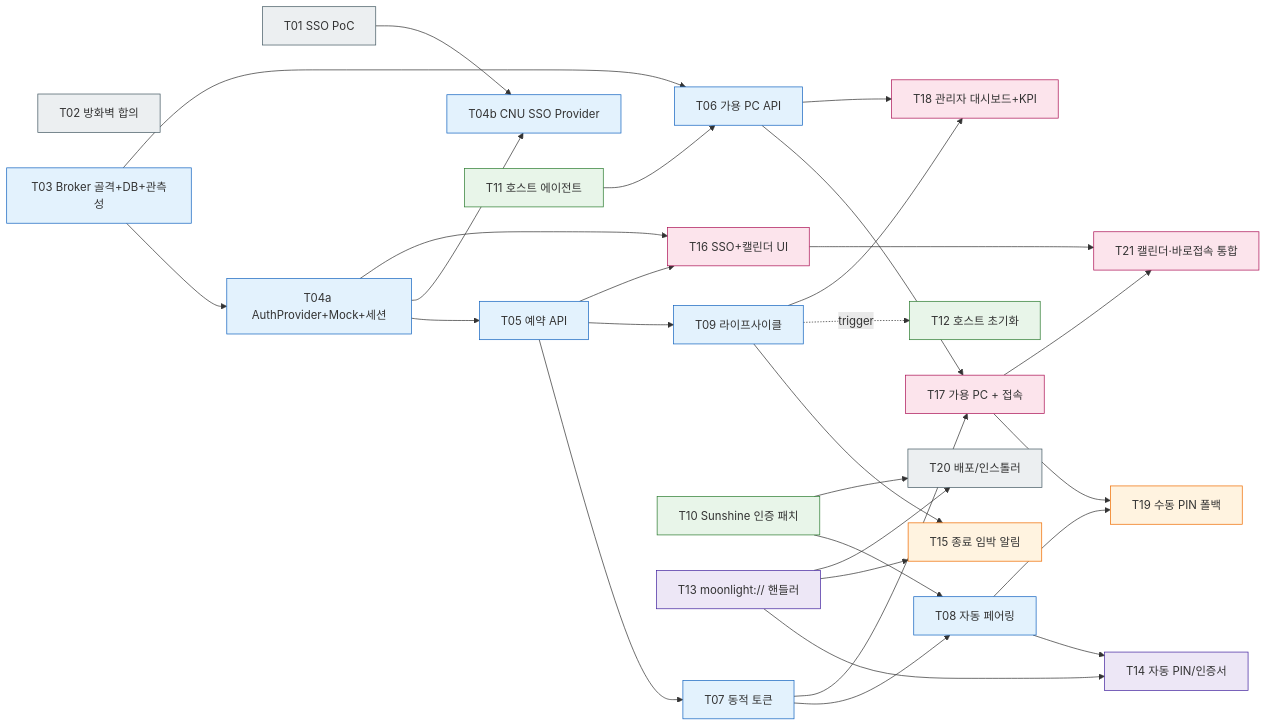
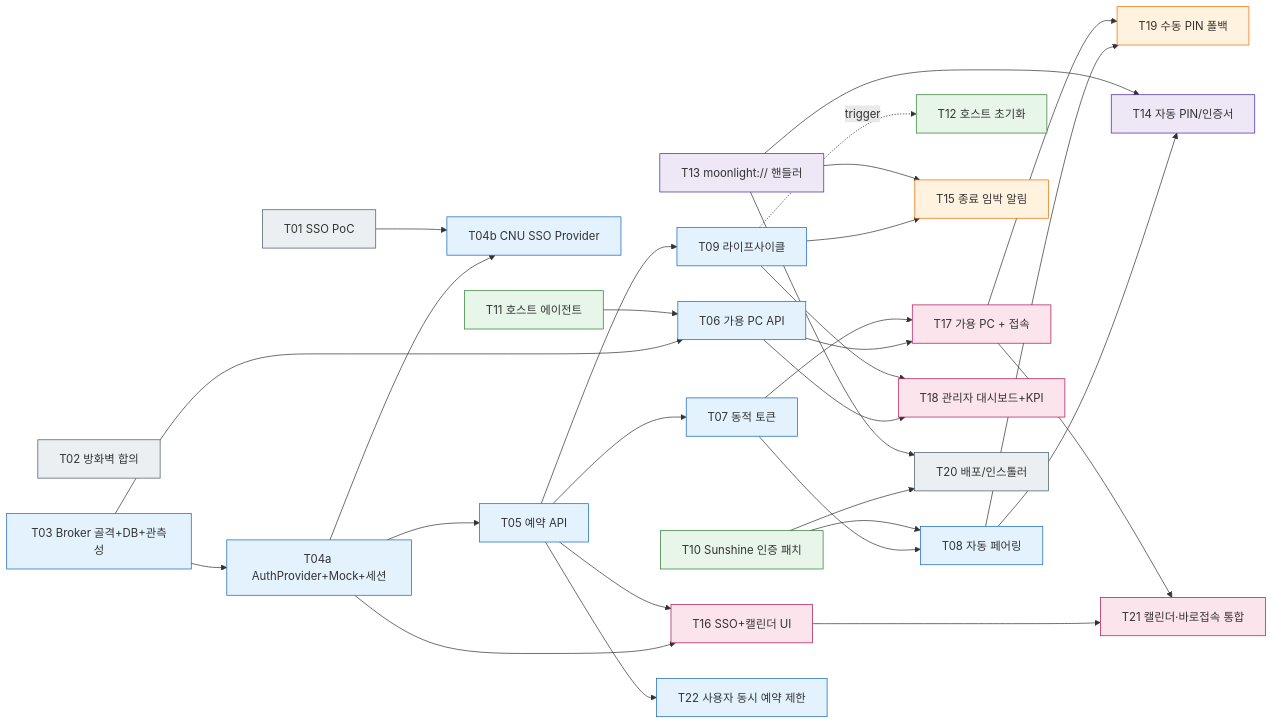
One commit to KITOHSY/SmartClassroom changed the diagram in EXP.md. Above: the diagram before and after it, drawn with Mermaid. The commit also changed other lines of this file and 20 other files, not shown here.

````diff
--- a/EXP.md
+++ b/EXP.md
@@ -403,56 +423,58 @@
 ```mermaid
 flowchart LR
     T01[T01 SSO PoC]:::ext
     T02[T02 방화벽 합의]:::ext
     T03[T03 Broker 골격+DB+관측성]:::be
     T04a[T04a AuthProvider+Mock+세션]:::be
     T04b[T04b CNU SSO Provider]:::be
     T05[T05 예약 API]:::be
     T06[T06 가용 PC API]:::be
     T07[T07 동적 토큰]:::be
     T08[T08 자동 페어링]:::be
     T09[T09 라이프사이클]:::be
     T10[T10 Sunshine 인증 패치]:::host
     T11[T11 호스트 에이전트]:::host
     T12[T12 호스트 초기화]:::host
     T13[T13 moonlight:// 핸들러]:::cli
     T14[T14 자동 PIN/인증서]:::cli
     T15[T15 종료 임박 알림]:::full
     T16[T16 SSO+캘린더 UI]:::fe
     T17[T17 가용 PC + 접속]:::fe
     T18[T18 관리자 대시보드+KPI]:::fe
     T19[T19 수동 PIN 폴백]:::full
     T20[T20 배포/인스톨러]:::ext
     T21[T21 캘린더·바로접속 통합]:::fe
+    T22[T22 사용자 동시 예약 제한]:::be
 
     T03 --> T04a --> T05 --> T07 --> T08
     T04a --> T04b
     T01 --> T04b
     T03 --> T06
     T11 --> T06
     T08 --> T14
     T13 --> T14
     T10 --> T08
     T05 --> T09 --> T15
     T13 --> T15
     T08 --> T19
     T17 --> T19
     T09 -. trigger .-> T12
     T04a --> T16
     T05 --> T16
     T06 --> T17
     T07 --> T17
     T16 --> T21
     T17 --> T21
+    T05 --> T22
     T06 --> T18
     T09 --> T18
     T10 --> T20
     T13 --> T20
 
     classDef be fill:#e3f2fd,stroke:#1565c0
     classDef fe fill:#fce4ec,stroke:#ad1457
     classDef full fill:#fff3e0,stroke:#ef6c00
     classDef host fill:#e8f5e9,stroke:#2e7d32
     classDef cli fill:#ede7f6,stroke:#4527a0
     classDef ext fill:#eceff1,stroke:#455a64
 ```
````
